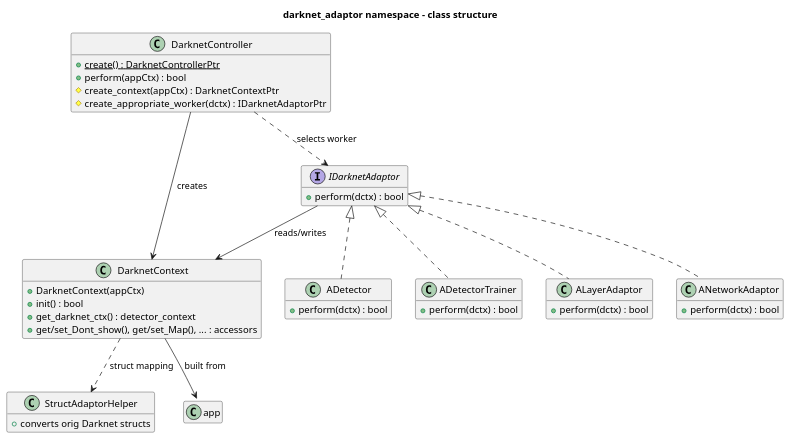
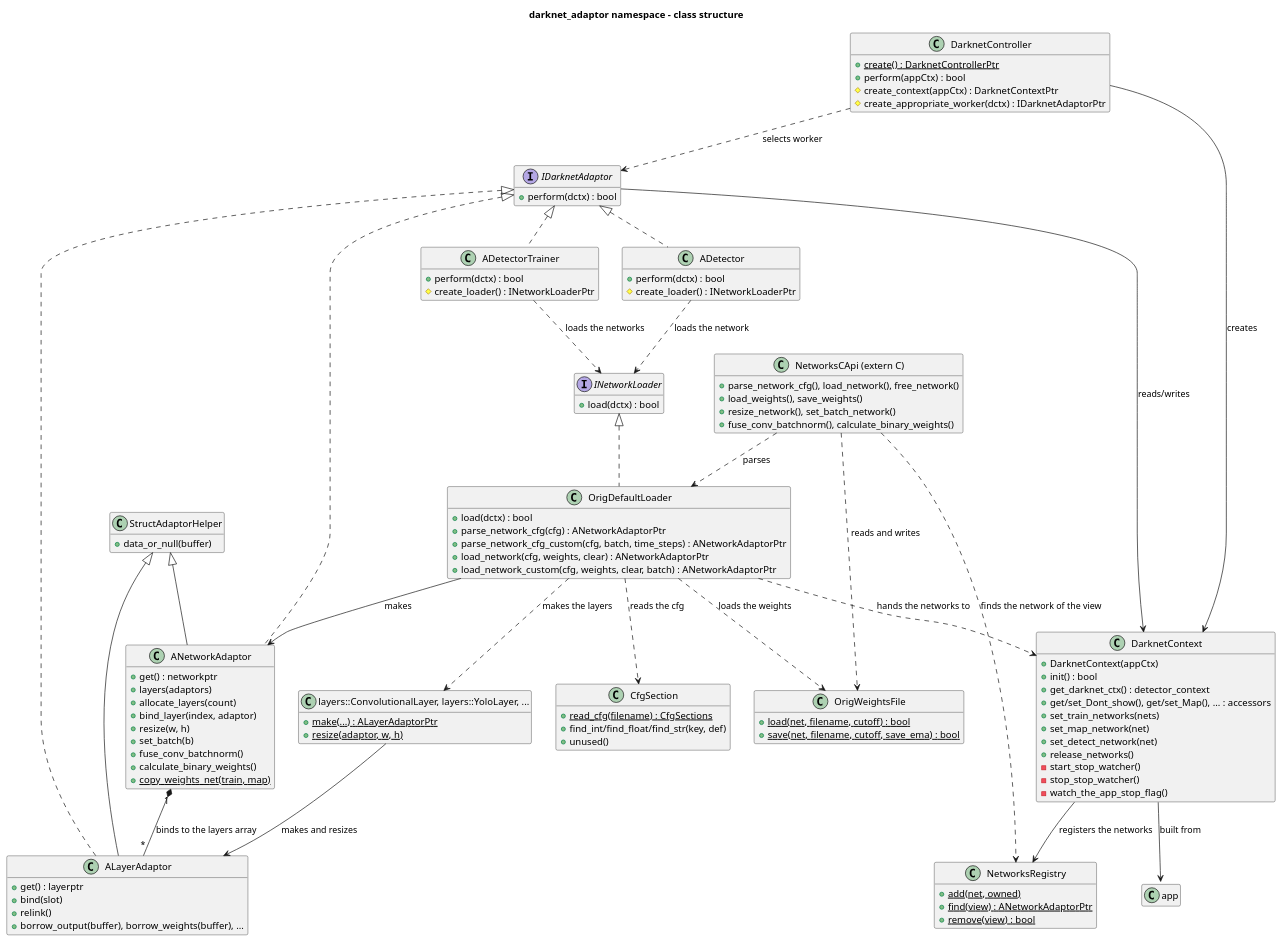
One commit to yuriysydor1991/darknetxx changed the diagram in doc/diagrams/darknet-adaptor-classes.puml. Above: the diagram before and after it, drawn with PlantUML. The commit also changed 493 other files, not shown here.

```diff
--- a/doc/diagrams/darknet-adaptor-classes.puml
+++ b/doc/diagrams/darknet-adaptor-classes.puml
@@ -1,53 +1,131 @@
 @startuml darknet-adaptor-classes
 title darknet_adaptor namespace - class structure
 
 skinparam shadowing false
 hide empty members
 
 class DarknetController {
   +{static} create() : DarknetControllerPtr
   +perform(appCtx) : bool
   #create_context(appCtx) : DarknetContextPtr
   #create_appropriate_worker(dctx) : IDarknetAdaptorPtr
 }
 
 class DarknetContext {
   +DarknetContext(appCtx)
   +init() : bool
   +get_darknet_ctx() : detector_context
   +get/set_Dont_show(), get/set_Map(), ... : accessors
+  +set_train_networks(nets)
+  +set_map_network(net)
+  +set_detect_network(net)
+  +release_networks()
+  -start_stop_watcher()
+  -stop_stop_watcher()
+  -watch_the_app_stop_flag()
 }
 
 interface IDarknetAdaptor {
   +perform(dctx) : bool
 }
 
 class ADetector {
   +perform(dctx) : bool
+  #create_loader() : INetworkLoaderPtr
 }
 class ADetectorTrainer {
   +perform(dctx) : bool
+  #create_loader() : INetworkLoaderPtr
 }
+
+interface INetworkLoader {
+  +load(dctx) : bool
+}
+
+class OrigDefaultLoader {
+  +load(dctx) : bool
+  +parse_network_cfg(cfg) : ANetworkAdaptorPtr
+  +parse_network_cfg_custom(cfg, batch, time_steps) : ANetworkAdaptorPtr
+  +load_network(cfg, weights, clear) : ANetworkAdaptorPtr
+  +load_network_custom(cfg, weights, clear, batch) : ANetworkAdaptorPtr
+}
+
+class CfgSection {
+  +{static} read_cfg(filename) : CfgSections
+  +find_int/find_float/find_str(key, def)
+  +unused()
+}
+
+class OrigWeightsFile {
+  +{static} load(net, filename, cutoff) : bool
+  +{static} save(net, filename, cutoff, save_ema) : bool
+}
+
+class ANetworkAdaptor {
+  +get() : networkptr
+  +layers(adaptors)
+  +allocate_layers(count)
+  +bind_layer(index, adaptor)
+  +resize(w, h)
+  +set_batch(b)
+  +fuse_conv_batchnorm()
+  +calculate_binary_weights()
+  +{static} copy_weights_net(train, map)
+}
+
 class ALayerAdaptor {
-  +perform(dctx) : bool
+  +get() : layerptr
+  +bind(slot)
+  +relink()
+  +borrow_output(buffer), borrow_weights(buffer), ...
 }
-class ANetworkAdaptor {
-  +perform(dctx) : bool
+
+class "layers::ConvolutionalLayer, layers::YoloLayer, ..." as Layers {
+  +{static} make(...) : ALayerAdaptorPtr
+  +{static} resize(adaptor, w, h)
+}
+
+class NetworksRegistry {
+  +{static} add(net, owned)
+  +{static} find(view) : ANetworkAdaptorPtr
+  +{static} remove(view) : bool
+}
+
+class "NetworksCApi (extern C)" as NetworksCApi {
+  +parse_network_cfg(), load_network(), free_network()
+  +load_weights(), save_weights()
+  +resize_network(), set_batch_network()
+  +fuse_conv_batchnorm(), calculate_binary_weights()
 }
 
 class StructAdaptorHelper {
-  +converts orig Darknet structs
+  +data_or_null(buffer)
 }
 
 IDarknetAdaptor <|.. ADetector
 IDarknetAdaptor <|.. ADetectorTrainer
 IDarknetAdaptor <|.. ALayerAdaptor
 IDarknetAdaptor <|.. ANetworkAdaptor
+INetworkLoader <|.. OrigDefaultLoader
+StructAdaptorHelper <|-- ALayerAdaptor
+StructAdaptorHelper <|-- ANetworkAdaptor
 
 DarknetController --> DarknetContext : creates
 DarknetController ..> IDarknetAdaptor : selects worker
 IDarknetAdaptor --> DarknetContext : reads/writes
-DarknetContext ..> StructAdaptorHelper : struct mapping
+ADetector ..> INetworkLoader : loads the network
+ADetectorTrainer ..> INetworkLoader : loads the networks
+OrigDefaultLoader ..> CfgSection : reads the cfg
+OrigDefaultLoader ..> Layers : makes the layers
+OrigDefaultLoader ..> OrigWeightsFile : loads the weights
+OrigDefaultLoader --> ANetworkAdaptor : makes
+OrigDefaultLoader ..> DarknetContext : hands the networks to
+Layers --> ALayerAdaptor : makes and resizes
+ANetworkAdaptor "1" *-- "*" ALayerAdaptor : binds to the layers array
+DarknetContext --> NetworksRegistry : registers the networks
+NetworksCApi ..> NetworksRegistry : finds the network of the view
+NetworksCApi ..> OrigDefaultLoader : parses
+NetworksCApi ..> OrigWeightsFile : reads and writes
 DarknetContext --> "app::ApplicationContext" : built from
 
 @enduml
```
